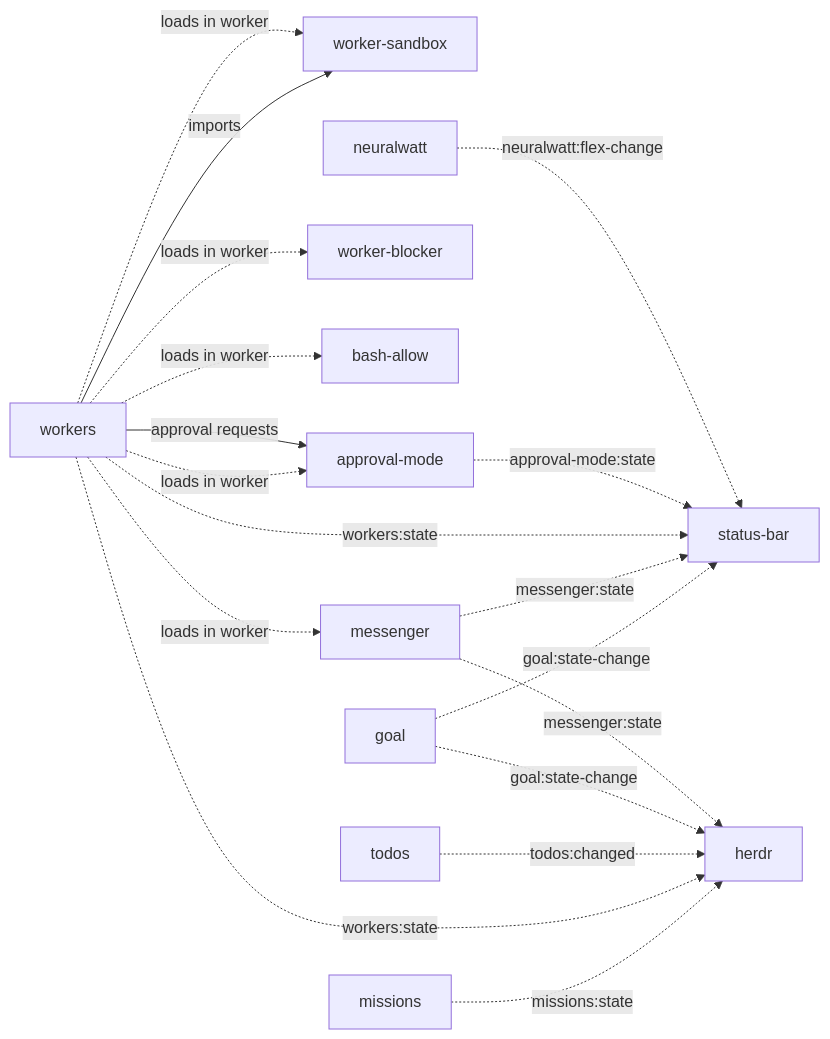
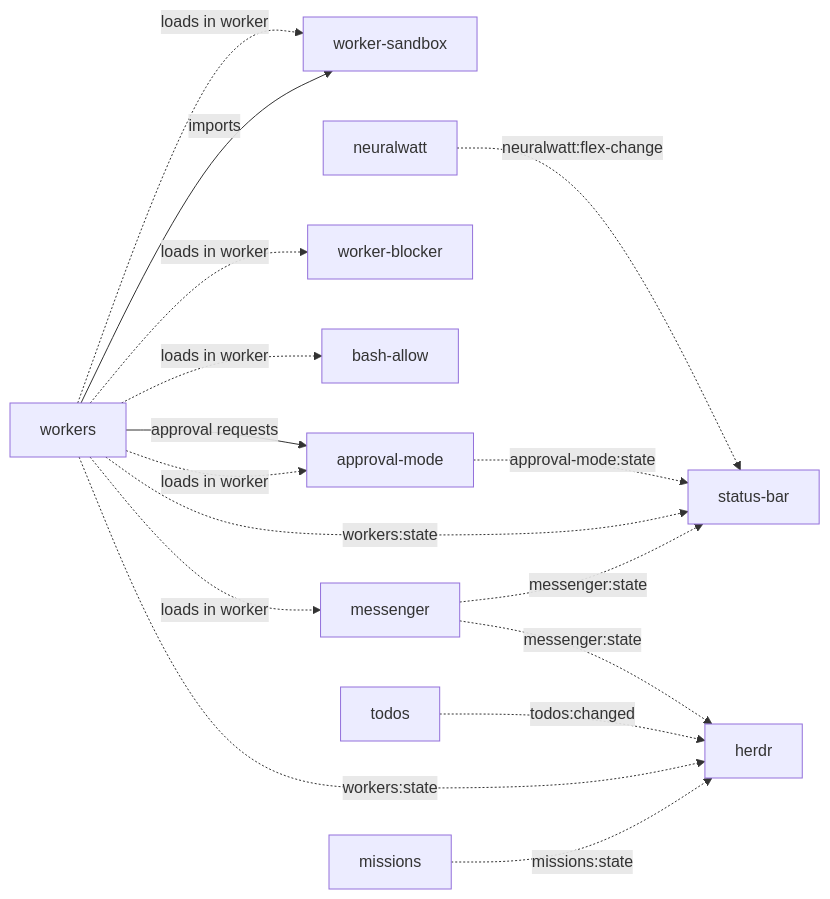
The diagram in docs/extension-dependencies.md (Nulluminati/pi-extensions), drawn with Mermaid before and after one commit. The commit also changed other lines of this file and 40 other files, not shown here.

````diff
--- a/docs/extension-dependencies.md
+++ b/docs/extension-dependencies.md
@@ -29,20 +29,18 @@
 ```mermaid
 flowchart LR
   workers -- imports --> worker-sandbox
   workers -. loads in worker .-> messenger
   workers -. loads in worker .-> worker-blocker
   workers -. loads in worker .-> bash-allow
   workers -. loads in worker .-> approval-mode
   workers -. loads in worker .-> worker-sandbox
   workers -- approval requests --> approval-mode
-  goal -. goal:state-change .-> status-bar
   messenger -. messenger:state .-> status-bar
   workers -. workers:state .-> status-bar
   approval-mode -. approval-mode:state .-> status-bar
   neuralwatt -. neuralwatt:flex-change .-> status-bar
   missions -. missions:state .-> herdr
   workers -. workers:state .-> herdr
   todos -. todos:changed .-> herdr
-  goal -. goal:state-change .-> herdr
   messenger -. messenger:state .-> herdr
 ```
````
